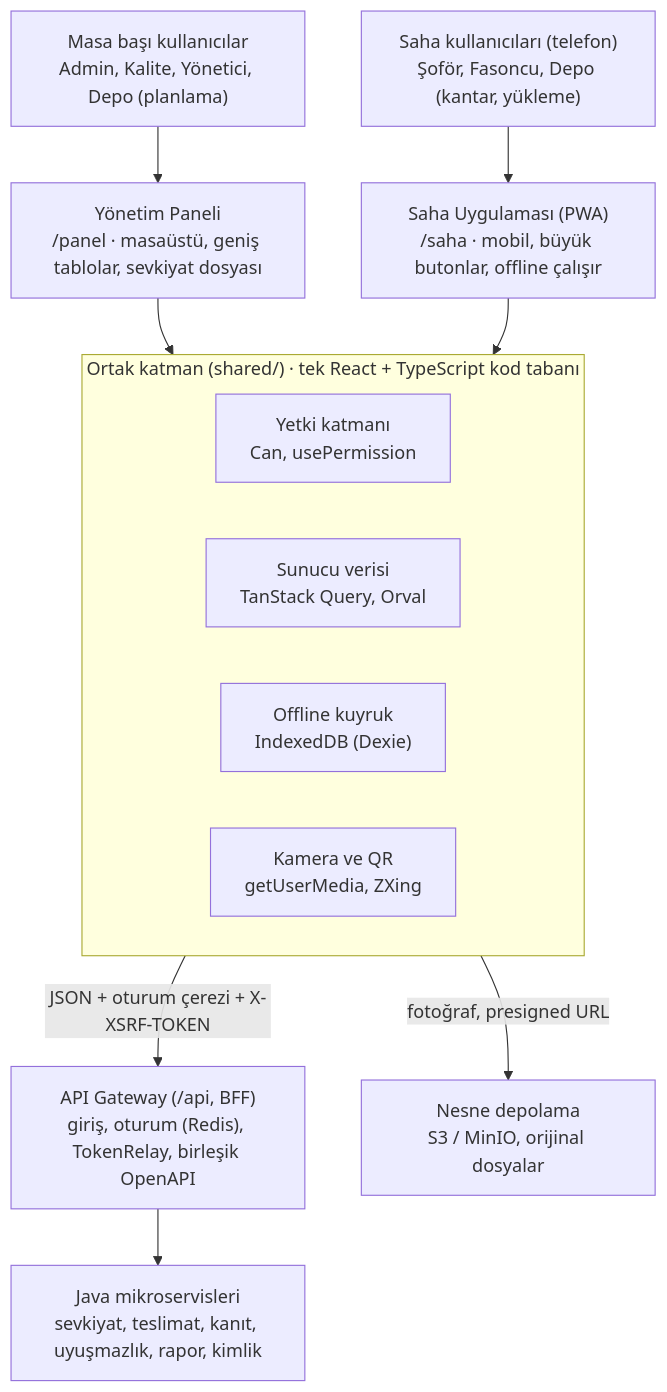
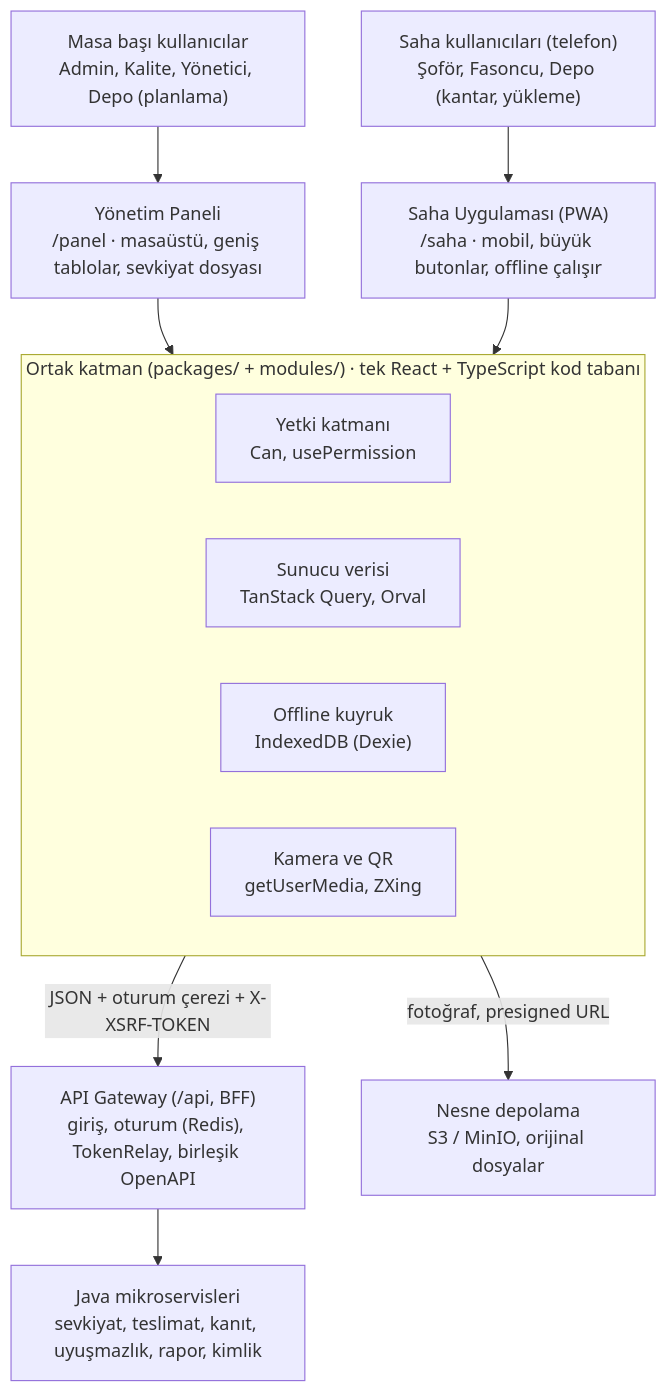
Before and after one commit to mehmet27/yarn-shipment-system: the diagram in docs/frontend/react-frontend-mimarisi.md, drawn with Mermaid. The commit also changed other lines of this file, not shown here.

````diff
--- a/docs/frontend/react-frontend-mimarisi.md
+++ b/docs/frontend/react-frontend-mimarisi.md
@@ -92,16 +91,16 @@
 ```mermaid
 flowchart TB
   U1["Masa başı kullanıcılar<br/>Admin, Kalite, Yönetici, Depo (planlama)"] --> P["Yönetim Paneli<br/>/panel · masaüstü, geniş tablolar, sevkiyat dosyası"]
   U2["Saha kullanıcıları (telefon)<br/>Şoför, Fasoncu, Depo (kantar, yükleme)"] --> S["Saha Uygulaması (PWA)<br/>/saha · mobil, büyük butonlar, offline çalışır"]
-  subgraph SH["Ortak katman (shared/) · tek React + TypeScript kod tabanı"]
+  subgraph SH["Ortak katman (packages/ + modules/) · tek React + TypeScript kod tabanı"]
     Y["Yetki katmanı<br/>Can, usePermission"]
     Q["Sunucu verisi<br/>TanStack Query, Orval"]
     O["Offline kuyruk<br/>IndexedDB (Dexie)"]
     K["Kamera ve QR<br/>getUserMedia, ZXing"]
   end
   P --> SH
   S --> SH
   SH -- "JSON + oturum çerezi + X-XSRF-TOKEN" --> G["API Gateway (/api, BFF)<br/>giriş, oturum (Redis), TokenRelay, birleşik OpenAPI"]
   SH -- "fotoğraf, presigned URL" --> N["Nesne depolama<br/>S3 / MinIO, orijinal dosyalar"]
   G --> J["Java mikroservisleri<br/>sevkiyat, teslimat, kanıt, uyuşmazlık, rapor, kimlik"]
 ```
````
